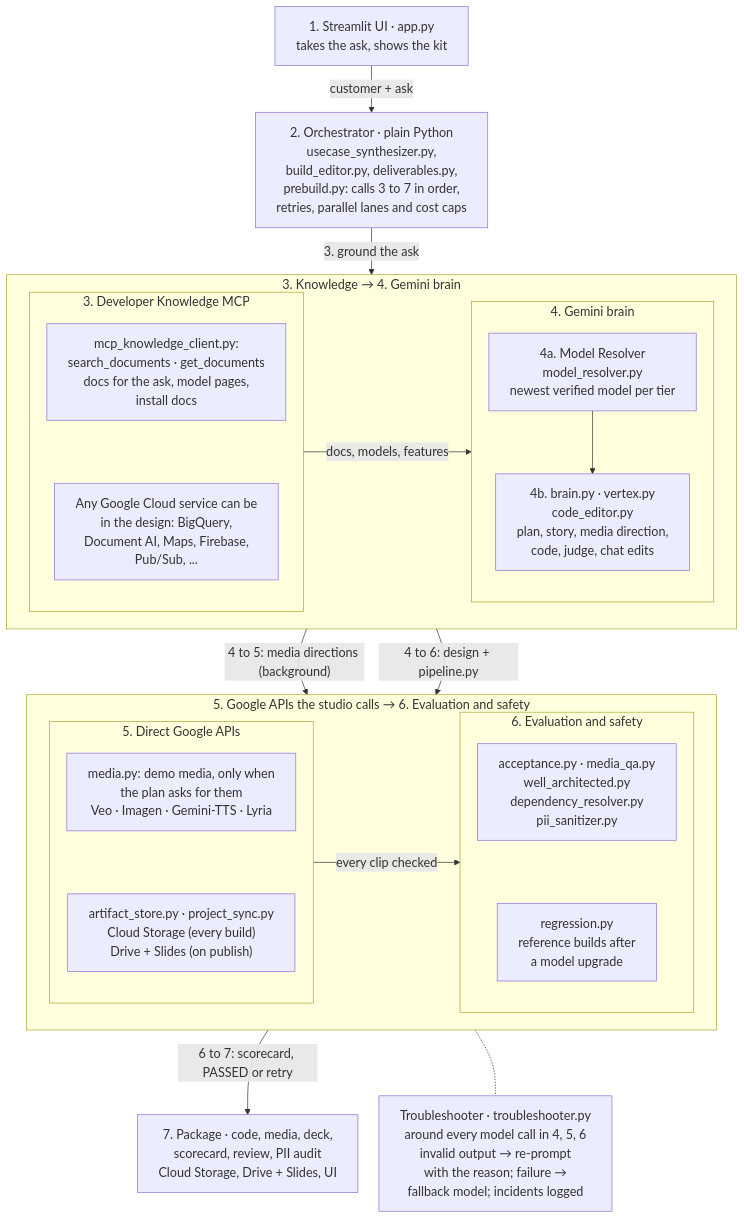
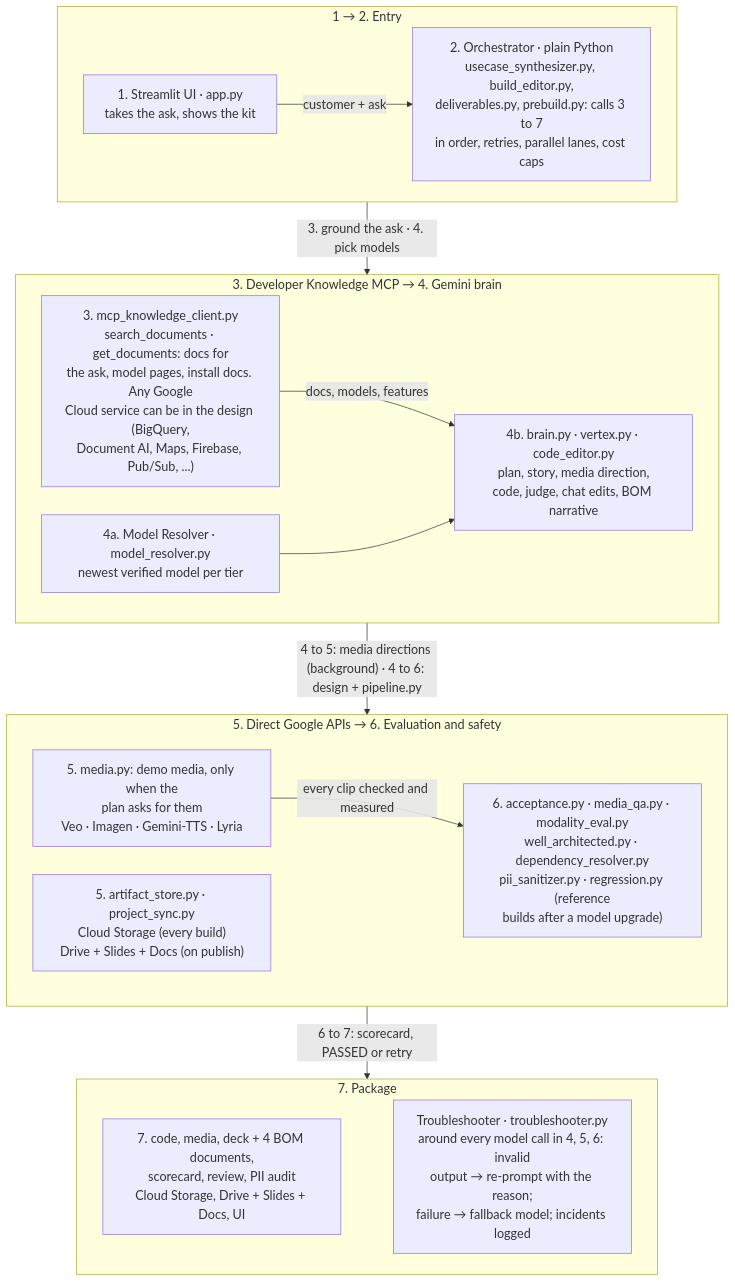
Before and after one commit to LUJ20/eliminating-custom-demo-toil-with-google-mcp: the second of 2 diagrams in README.md, drawn with Mermaid.

Commit message:
README: core architecture diagram as four wide rows (subgraph-level edges keep the side-by-side layout; the old nested boxes collapsed to one narrow column on GitHub); BOM documents and the measured layer named in the boxes

````diff
--- a/README.md
+++ b/README.md
@@ -184,38 +184,25 @@
 ```mermaid
-%%{init: {"themeVariables": {"fontSize": "18px"}, "flowchart": {"wrappingWidth": 300, "nodeSpacing": 30, "rankSpacing": 40}}}%%
+%%{init: {"themeVariables": {"fontSize": "18px"}, "flowchart": {"wrappingWidth": 280, "nodeSpacing": 40, "rankSpacing": 50}}}%%
 flowchart TB
-    UI["1. Streamlit UI · app.py<br/>takes the ask, shows the kit"]
-    O["2. Orchestrator · plain Python<br/>usecase_synthesizer.py,<br/>build_editor.py, deliverables.py,<br/>prebuild.py: calls 3 to 7 in order,<br/>retries, parallel lanes and cost caps"]
-    subgraph KB ["3. Knowledge  →  4. Gemini brain"]
+    subgraph IN ["1 → 2. Entry"]
         direction LR
-        subgraph K ["3. Developer Knowledge MCP"]
-            direction TB
-            MCP["mcp_knowledge_client.py:<br/>search_documents · get_documents<br/>docs for the ask, model pages,<br/>install docs"] ~~~ ANY["Any Google Cloud service can be<br/>in the design: BigQuery,<br/>Document AI, Maps, Firebase,<br/>Pub/Sub, ..."]
-        end
-        subgraph B ["4. Gemini brain"]
-            direction TB
-            R["4a. Model Resolver<br/>model_resolver.py<br/>newest verified model per tier"] --> G["4b. brain.py · vertex.py<br/>code_editor.py<br/>plan, story, media direction,<br/>code, judge, chat edits"]
-        end
-        MCP -->|"docs, models, features"| G
+        UI["1. Streamlit UI · app.py<br/>takes the ask, shows the kit"] -->|"customer + ask"| O["2. Orchestrator · plain Python<br/>usecase_synthesizer.py, build_editor.py,<br/>deliverables.py, prebuild.py: calls 3 to 7<br/>in order, retries, parallel lanes, cost caps"]
     end
-    subgraph TE ["5. Google APIs the studio calls  →  6. Evaluation and safety"]
+    subgraph KB ["3. Developer Knowledge MCP  →  4. Gemini brain"]
         direction LR
-        subgraph T ["5. Direct Google APIs"]
-            direction TB
-            MED["media.py: demo media, only when<br/>the plan asks for them<br/>Veo · Imagen · Gemini-TTS · Lyria"] ~~~ ST["artifact_store.py · project_sync.py<br/>Cloud Storage (every build)<br/>Drive + Slides (on publish)"]
-        end
-        subgraph E ["6. Evaluation and safety"]
-            direction TB
-            EV["acceptance.py · media_qa.py<br/>well_architected.py<br/>dependency_resolver.py<br/>pii_sanitizer.py"] ~~~ RG["regression.py<br/>reference builds after<br/>a model upgrade"]
-        end
-        MED -->|"every clip checked"| EV
+        MCP["3. mcp_knowledge_client.py<br/>search_documents · get_documents: docs for<br/>the ask, model pages, install docs. Any Google<br/>Cloud service can be in the design (BigQuery,<br/>Document AI, Maps, Firebase, Pub/Sub, ...)"] -->|"docs, models, features"| G
+        R["4a. Model Resolver · model_resolver.py<br/>newest verified model per tier"] --> G["4b. brain.py · vertex.py · code_editor.py<br/>plan, story, media direction,<br/>code, judge, chat edits, BOM narrative"]
     end
-    P["7. Package · code, media, deck,<br/>scorecard, review, PII audit<br/>Cloud Storage, Drive + Slides, UI"]
-    TS["Troubleshooter · troubleshooter.py<br/>around every model call in 4, 5, 6<br/>invalid output → re-prompt<br/>with the reason; failure →<br/>fallback model; incidents logged"]
-    UI -->|"customer + ask"| O
-    O -->|"3. ground the ask"| MCP
-    G -->|"4 to 5: media directions (background)"| MED
-    G -->|"4 to 6: design + pipeline.py"| EV
-    EV -->|"6 to 7: scorecard, PASSED or retry"| P
-    TE -.- TS
+    subgraph TE ["5. Direct Google APIs  →  6. Evaluation and safety"]
+        direction LR
+        MED["5. media.py: demo media, only when the<br/>plan asks for them<br/>Veo · Imagen · Gemini-TTS · Lyria"] -->|"every clip checked and measured"| EV
+        ST["5. artifact_store.py · project_sync.py<br/>Cloud Storage (every build)<br/>Drive + Slides + Docs (on publish)"] ~~~ EV["6. acceptance.py · media_qa.py · modality_eval.py<br/>well_architected.py · dependency_resolver.py<br/>pii_sanitizer.py · regression.py (reference<br/>builds after a model upgrade)"]
+    end
+    subgraph OUT ["7. Package"]
+        direction LR
+        P["7. code, media, deck + 4 BOM documents,<br/>scorecard, review, PII audit<br/>Cloud Storage, Drive + Slides + Docs, UI"] ~~~ TS["Troubleshooter · troubleshooter.py<br/>around every model call in 4, 5, 6: invalid<br/>output → re-prompt with the reason;<br/>failure → fallback model; incidents logged"]
+    end
+    IN -->|"3. ground the ask · 4. pick models"| KB
+    KB -->|"4 to 5: media directions (background) · 4 to 6: design + pipeline.py"| TE
+    TE -->|"6 to 7: scorecard, PASSED or retry"| OUT
 ```
````
